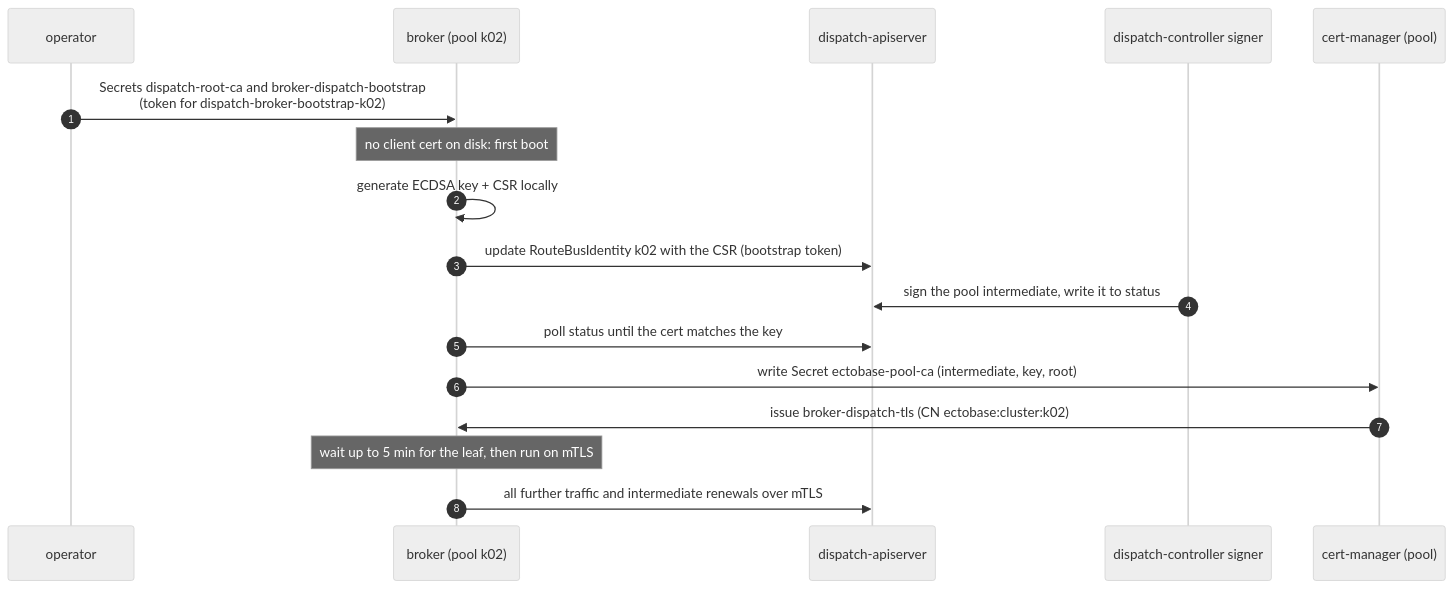
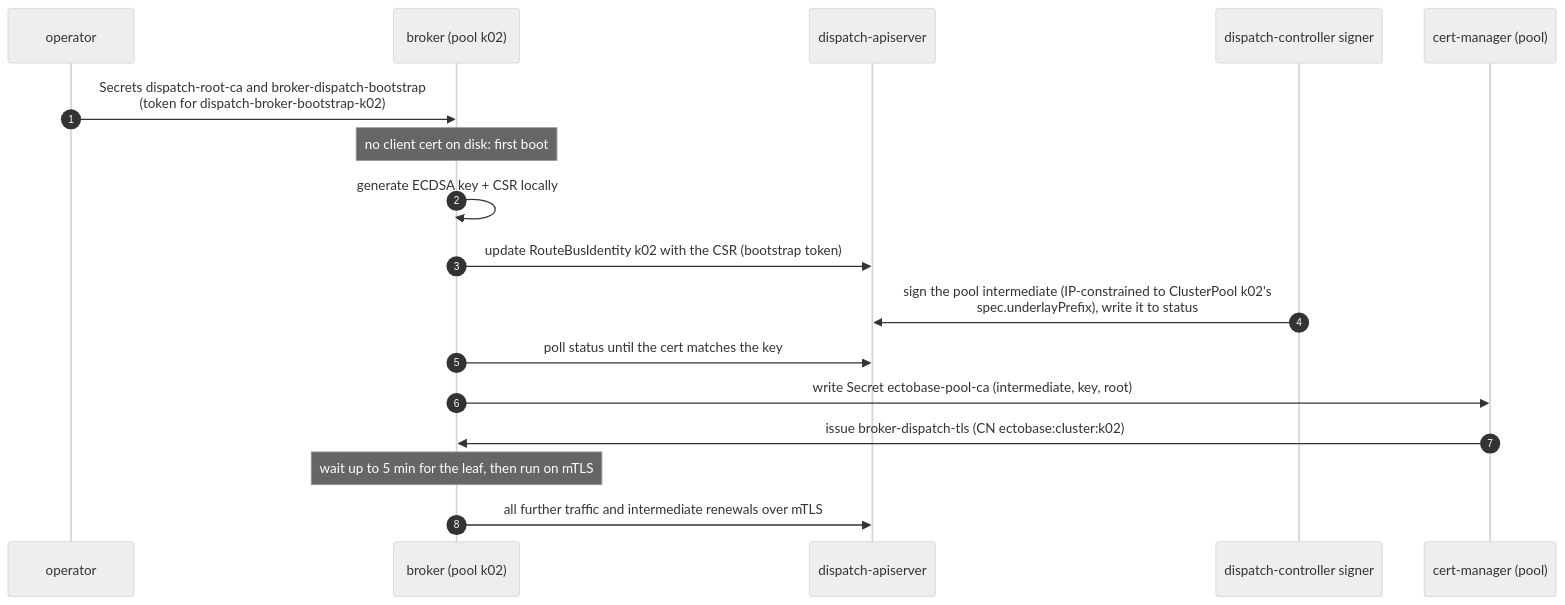
The fourth of 4 diagrams in docs/architecture/overview.md (trevex/ectobase), drawn with Mermaid (neutral theme) before and after one commit. The commit also changed other lines of this file and 12 other files, not shown here.

First line of the commit message:
chart, docs: a pool needs spec.underlayPrefix to join the route bus

````diff
--- a/docs/architecture/overview.md
+++ b/docs/architecture/overview.md
@@ -251,19 +257,19 @@
 ```mermaid
 sequenceDiagram
     autonumber
     participant Op as operator
     participant B as broker (pool k02)
     participant D as dispatch-apiserver
     participant S as dispatch-controller signer
     participant CM as cert-manager (pool)
     Op->>B: Secrets dispatch-root-ca and broker-dispatch-bootstrap<br>(token for dispatch-broker-bootstrap-k02)
     Note over B: no client cert on disk: first boot
     B->>B: generate ECDSA key + CSR locally
     B->>D: update RouteBusIdentity k02 with the CSR (bootstrap token)
-    S->>D: sign the pool intermediate, write it to status
+    S->>D: sign the pool intermediate (IP-constrained to ClusterPool k02's<br>spec.underlayPrefix), write it to status
     B->>D: poll status until the cert matches the key
     B->>CM: write Secret ectobase-pool-ca (intermediate, key, root)
     CM->>B: issue broker-dispatch-tls (CN ectobase:cluster:k02)
     Note over B: wait up to 5 min for the leaf, then run on mTLS
     B->>D: all further traffic and intermediate renewals over mTLS
 ```
````
